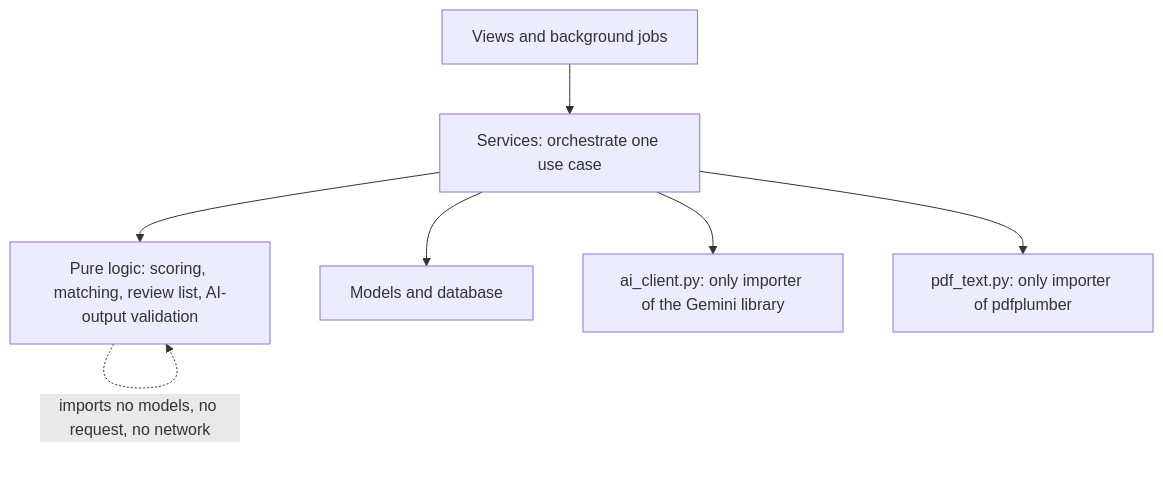
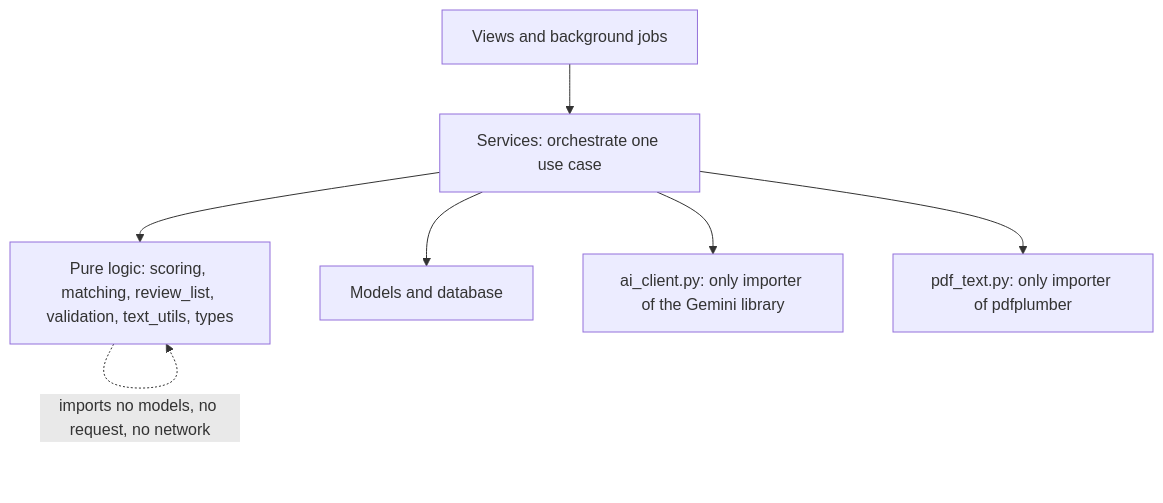
The first of 3 diagrams in _bmad-output/initiative-recall/architecture-recall/architecture-recall.md (IBE160-2026/G127-ajemba), drawn with Mermaid before and after one commit. The commit also changed other lines of this file and 11 other files, not shown here.

Commit message:
Finalize architecture after review and Gemini terms check

````diff
--- a/_bmad-output/initiative-recall/architecture-recall/architecture-recall.md
+++ b/_bmad-output/initiative-recall/architecture-recall/architecture-recall.md
@@ -25,9 +29,9 @@
 ```mermaid
 flowchart TD
     V[Views and background jobs] --> S[Services: orchestrate one use case]
-    S --> P[Pure logic: scoring, matching, review list, AI-output validation]
+    S --> P[Pure logic: scoring, matching, review_list, validation, text_utils, types]
     S --> M[Models and database]
     S --> AI[ai_client.py: only importer of the Gemini library]
     S --> PDF[pdf_text.py: only importer of pdfplumber]
     P -. imports no models, no request, no network .-> P
 ```
````
